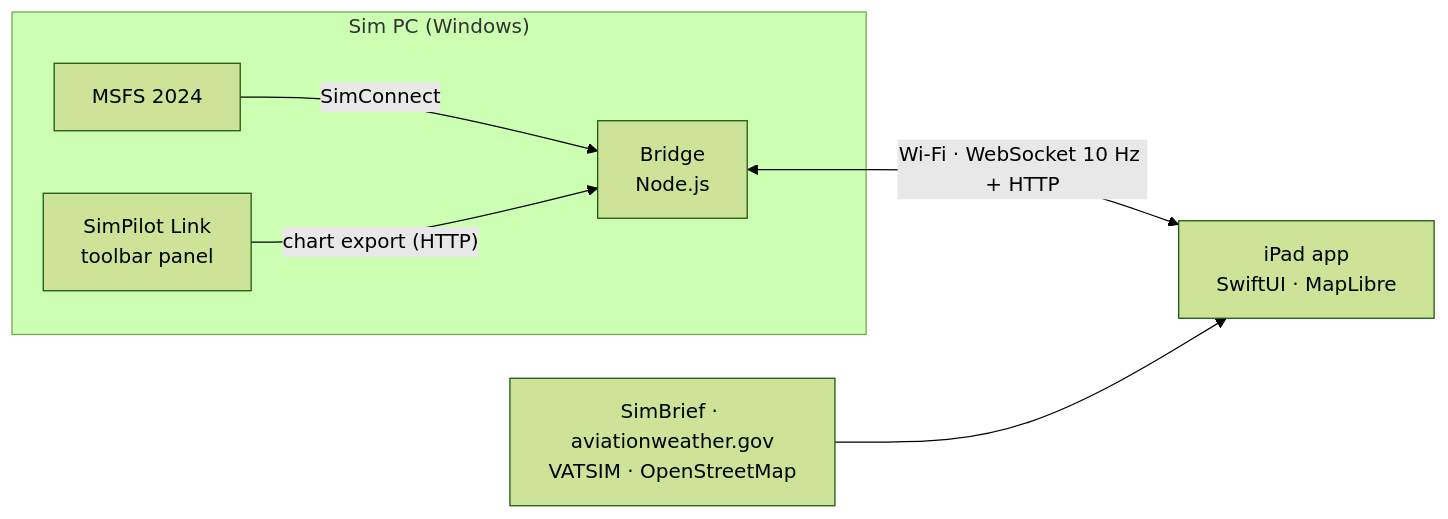
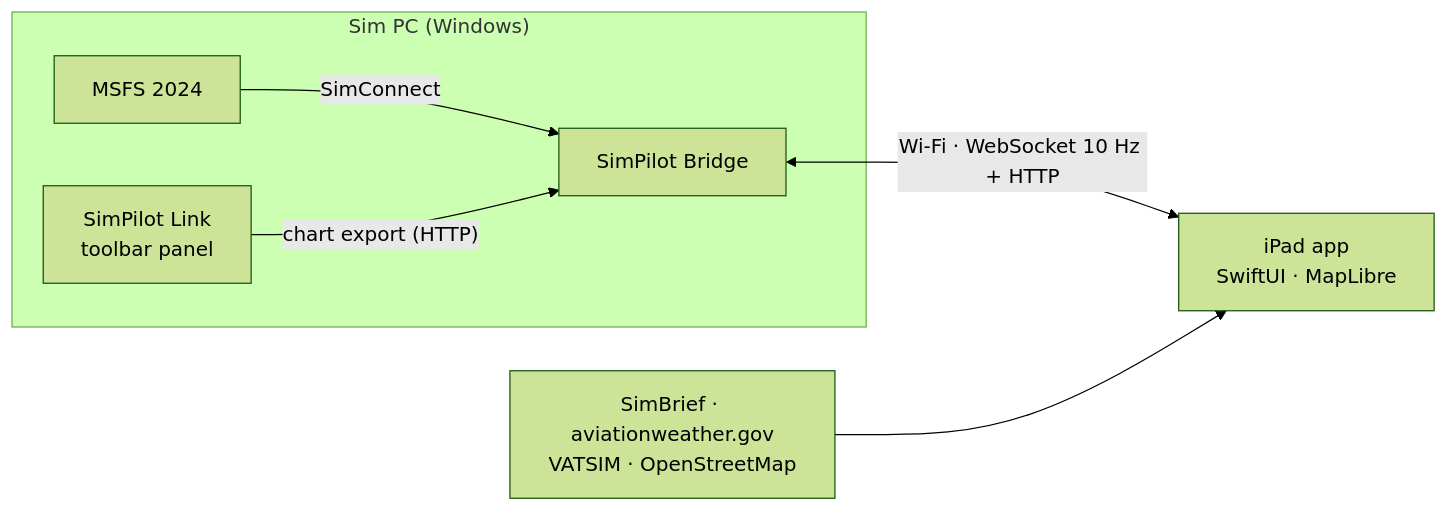
Before and after one commit to footfungus2/simpilot-efb: the diagram in README.md, drawn with Mermaid (forest theme). The commit also changed other lines of this file and 76 other files, not shown here.

Commit message:
Release SimPilot EFB 0.1.1

````diff
--- a/README.md
+++ b/README.md
@@ -158,13 +193,13 @@
 ```mermaid
 flowchart LR
     subgraph PC["Sim PC (Windows)"]
         MSFS["MSFS 2024"]
         Link["SimPilot Link<br/>toolbar panel"]
-        Bridge["Bridge<br/>Node.js"]
+        Bridge["SimPilot Bridge"]
         MSFS -- SimConnect --> Bridge
         Link -- "chart export (HTTP)" --> Bridge
     end
     iPad["iPad app<br/>SwiftUI · MapLibre"]
     Bridge <-- "Wi-Fi · WebSocket 10 Hz + HTTP" --> iPad
     Web["SimBrief · aviationweather.gov<br/>VATSIM · OpenStreetMap"] --> iPad
 ```
````
